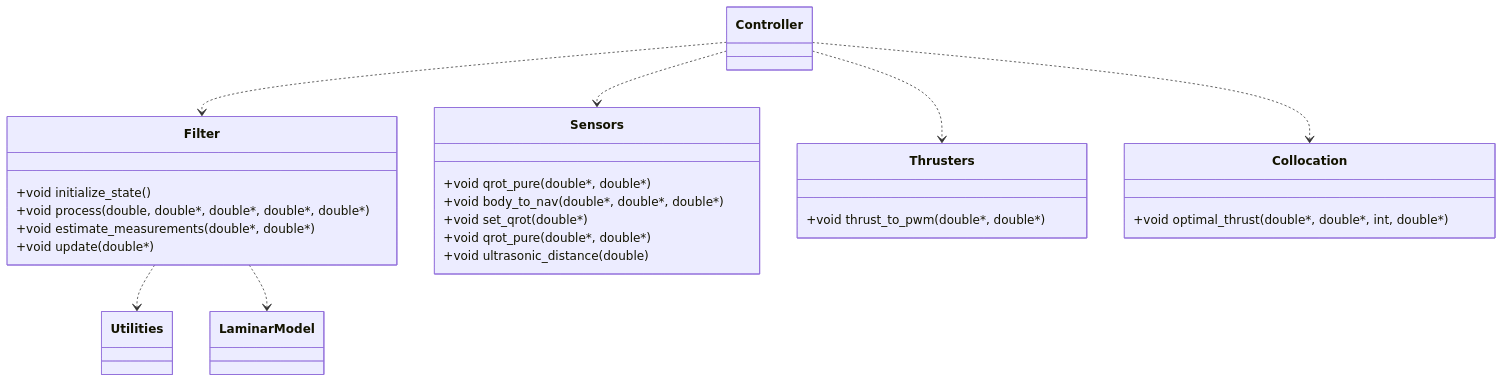
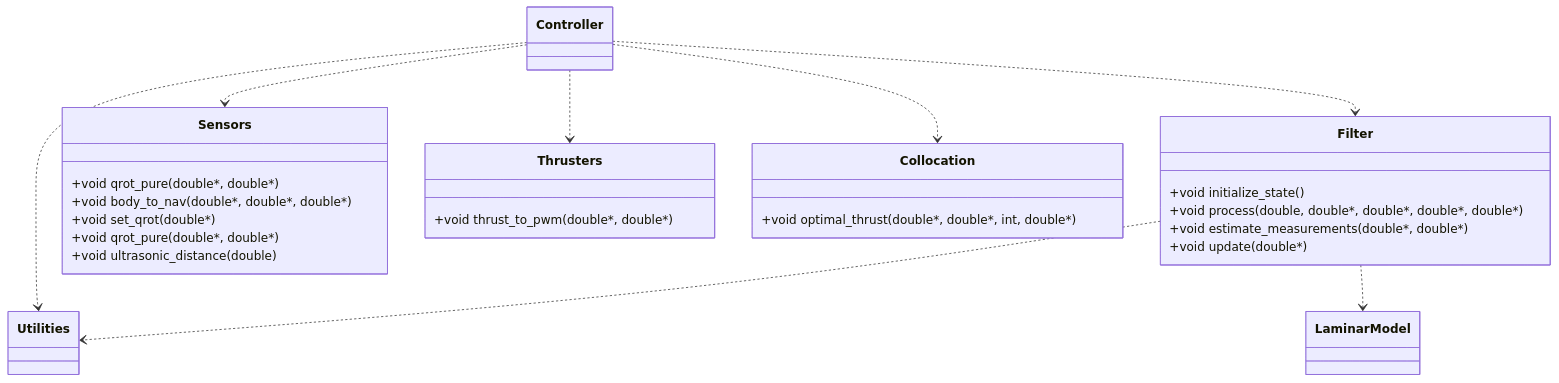
Before and after one commit to teichen/stormfin: the diagram in README.md, drawn with Mermaid. The commit also changed 5 other files, not shown here.

````diff
--- a/README.md
+++ b/README.md
@@ -22,20 +22,21 @@
 ```mermaid
 classDiagram
     Controller ..> Filter
     Controller ..> Sensors
     Controller ..> Thrusters
     Controller ..> Collocation
+    Controller ..> Utilities
     Filter ..> Utilities
     Filter ..> LaminarModel
     Filter : +void initialize_state()
     Filter : +void process(double, double*, double*, double*, double*)
     Filter : +void estimate_measurements(double*, double*)
     Filter : +void update(double*)
     Sensors : +void qrot_pure(double*, double*)
     Sensors : +void body_to_nav(double*, double*, double*)
     Sensors : +void set_qrot(double*)
     Sensors : +void qrot_pure(double*, double*)
     Sensors : +void ultrasonic_distance(double)
     Thrusters : +void thrust_to_pwm(double*, double*)
     Collocation : +void optimal_thrust(double*, double*, int, double*)
 ```
````
